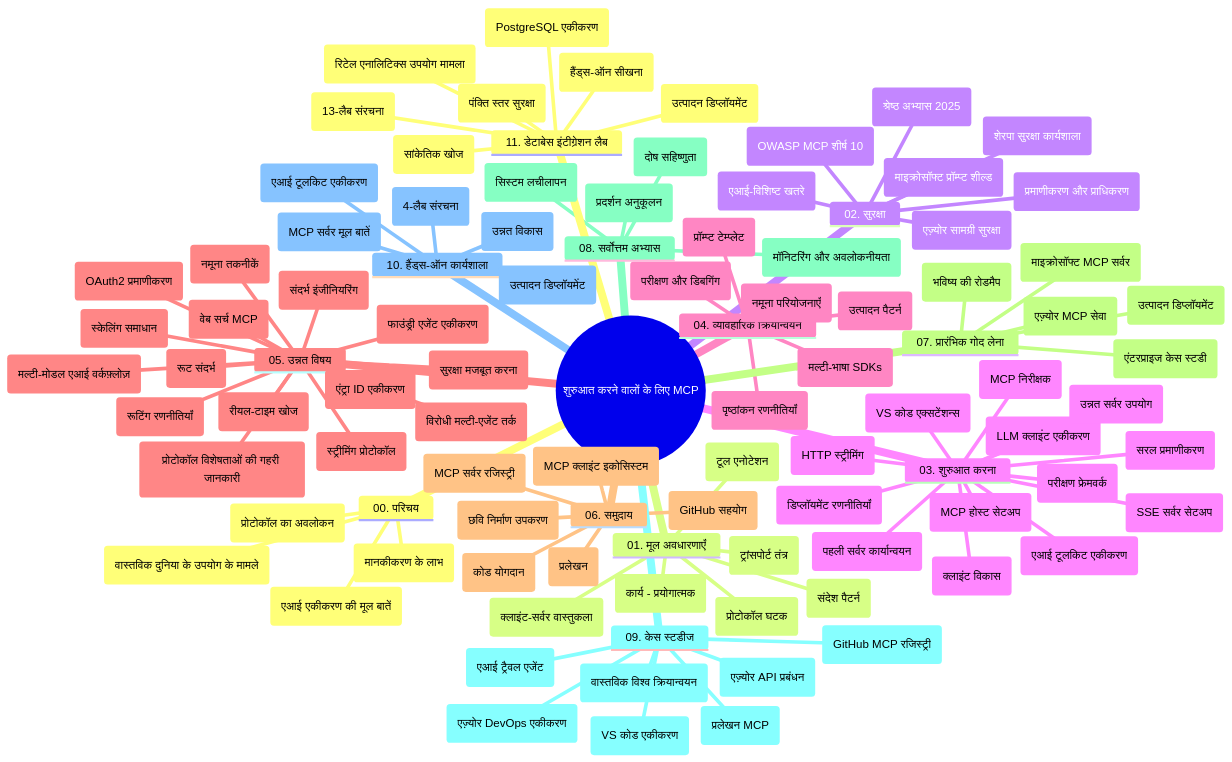
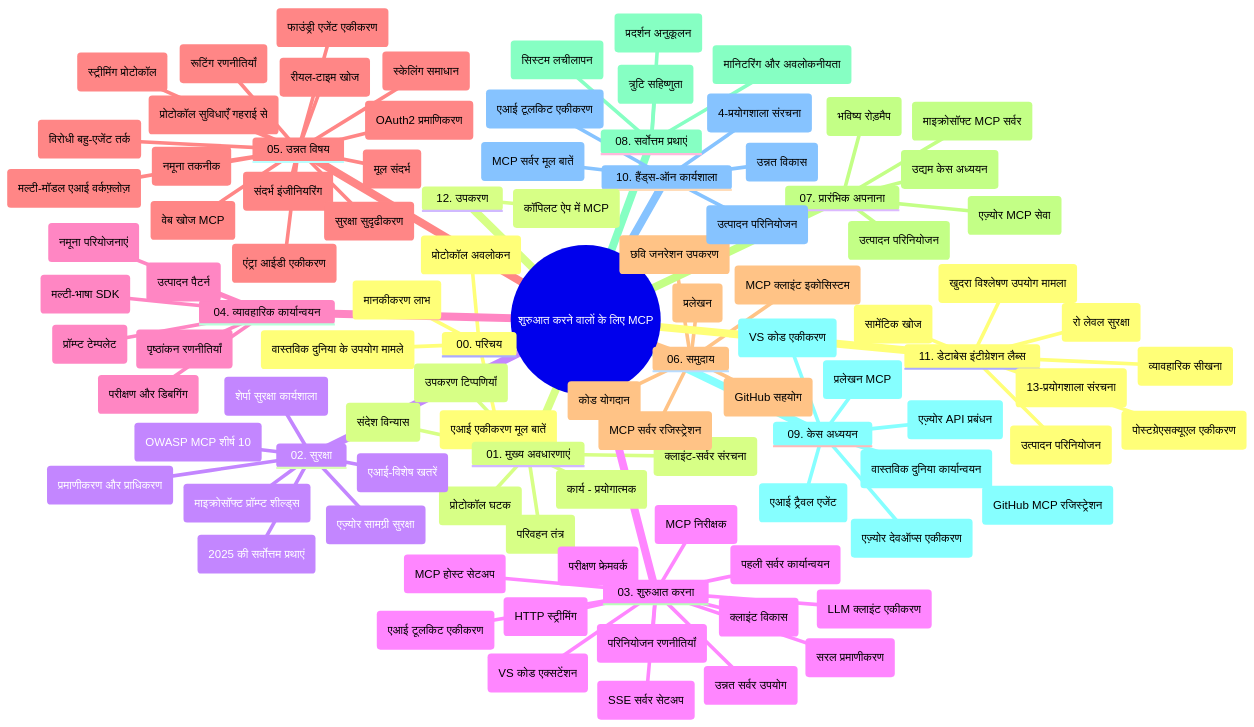
The diagram in mcp_ecosystem__model_context_protocol/mcp_learning_resources/mcp-for-beginners/translations/hi/study_guide.md (HIDORAKAI002/ai-workspace-archive), drawn with Mermaid before and after one commit. The commit also changed other lines of this file and 989 other files, not shown here.

````diff
--- a/mcp_ecosystem__model_context_protocol/mcp_learning_resources/mcp-for-beginners/translations/hi/study_guide.md
+++ b/mcp_ecosystem__model_context_protocol/mcp_learning_resources/mcp-for-beginners/translations/hi/study_guide.md
@@ -13,112 +13,115 @@
   root((शुरुआत करने वालों के लिए MCP))
     00. परिचय
       ::icon(fa fa-book)
-      (प्रोटोकॉल का अवलोकन)
-      (मानकीकरण के लाभ)
-      (वास्तविक दुनिया के उपयोग के मामले)
-      (एआई एकीकरण की मूल बातें)
-    01. मूल अवधारणाएँ
+      (प्रोटोकॉल अवलोकन)
+      (मानकीकरण लाभ)
+      (वास्तविक दुनिया के उपयोग मामले)
+      (एआई एकीकरण मूल बातें)
+    01. मुख्य अवधारणाएं
       ::icon(fa fa-puzzle-piece)
-      (क्लाइंट-सर्वर वास्तुकला)
+      (क्लाइंट-सर्वर संरचना)
       (प्रोटोकॉल घटक)
-      (संदेश पैटर्न)
-      (ट्रांसपोर्ट तंत्र)
+      (संदेश विन्यास)
+      (परिवहन तंत्र)
       (कार्य - प्रयोगात्मक)
-      (टूल एनोटेशन)
+      (उपकरण टिप्पणियाँ)
     02. सुरक्षा
       ::icon(fa fa-shield)
-      (एआई-विशिष्ट खतरे)
-      (श्रेष्ठ अभ्यास 2025)
+      (एआई-विशेष खतरें)
+      (2025 की सर्वोत्तम प्रथाएं)
       (एज़्योर सामग्री सुरक्षा)
       (प्रमाणीकरण और प्राधिकरण)
-      (माइक्रोसॉफ्ट प्रॉम्प्ट शील्ड)
+      (माइक्रोसॉफ्ट प्रॉम्प्ट शील्ड्स)
       (OWASP MCP शीर्ष 10)
-      (शेरपा सुरक्षा कार्यशाला)
+      (शेर्पा सुरक्षा कार्यशाला)
     03. शुरुआत करना
       ::icon(fa fa-rocket)
       (पहली सर्वर कार्यान्वयन)
       (क्लाइंट विकास)
       (LLM क्लाइंट एकीकरण)
-      (VS कोड एक्सटेंशन्स)
+      (VS कोड एक्सटेंशन)
       (SSE सर्वर सेटअप)
       (HTTP स्ट्रीमिंग)
       (एआई टूलकिट एकीकरण)
       (परीक्षण फ्रेमवर्क)
       (उन्नत सर्वर उपयोग)
       (सरल प्रमाणीकरण)
-      (डिप्लॉयमेंट रणनीतियाँ)
+      (परिनियोजन रणनीतियाँ)
       (MCP होस्ट सेटअप)
       (MCP निरीक्षक)
-    04. व्यावहारिक क्रियान्वयन
+    04. व्यावहारिक कार्यान्वयन
       ::icon(fa fa-code)
-      (मल्टी-भाषा SDKs)
+      (मल्टी-भाषा SDK)
       (परीक्षण और डिबगिंग)
-      (प्रॉम्प्ट टेम्प्लेट)
-      (नमूना परियोजनाएँ)
+      (प्रॉम्प्ट टेम्पलेट)
+      (नमूना परियोजनाएं)
       (उत्पादन पैटर्न)
       (पृष्ठांकन रणनीतियाँ)
     05. उन्नत विषय
       ::icon(fa fa-graduation-cap)
       (संदर्भ इंजीनियरिंग)
       (फाउंड्री एजेंट एकीकरण)
-      (मल्टी-मोडल एआई वर्कफ़्लोज़)
-      (OAuth2 प्रमाणीकरण)
+      (मल्टी-मॉडल एआई वर्कफ़्लोज़)
+      (OAuth2 प्रमाणिकरण)
       (रीयल-टाइम खोज)
       (स्ट्रीमिंग प्रोटोकॉल)
-      (रूट संदर्भ)
+      (मूल संदर्भ)
       (रूटिंग रणनीतियाँ)
-      (नमूना तकनीकें)
+      (नमूना तकनीक)
       (स्केलिंग समाधान)
-      (सुरक्षा मजबूत करना)
-      (एंट्रा ID एकीकरण)
-      (वेब सर्च MCP)
-      (प्रोटोकॉल विशेषताओं की गहरी जानकारी)
-      (विरोधी मल्टी-एजेंट तर्क)
+      (सुरक्षा सुदृढीकरण)
+      (एंट्रा आईडी एकीकरण)
+      (वेब खोज MCP)
+      (प्रोटोकॉल सुविधाएँ गहराई से)
+      (विरोधी बहु-एजेंट तर्क)
       
     06. समुदाय
       ::icon(fa fa-users)
       (कोड योगदान)
       (प्रलेखन)
       (MCP क्लाइंट इकोसिस्टम)
-      (MCP सर्वर रजिस्ट्री)
-      (छवि निर्माण उपकरण)
+      (MCP सर्वर रजिस्ट्रेशन)
+      (छवि जनरेशन उपकरण)
       (GitHub सहयोग)
-    07. प्रारंभिक गोद लेना
+    07. प्रारंभिक अपनाना
       ::icon(fa fa-lightbulb)
-      (उत्पादन डिप्लॉयमेंट)
+      (उत्पादन परिनियोजन)
       (माइक्रोसॉफ्ट MCP सर्वर)
       (एज़्योर MCP सेवा)
-      (एंटरप्राइज केस स्टडी)
-      (भविष्य की रोडमैप)
-    08. सर्वोत्तम अभ्यास
+      (उद्यम केस अध्ययन)
+      (भविष्य रोड़मैप)
+    08. सर्वोत्तम प्रथाएं
       ::icon(fa fa-check)
       (प्रदर्शन अनुकूलन)
-      (दोष सहिष्णुता)
+      (त्रुटि सहिष्णुता)
       (सिस्टम लचीलापन)
-      (मॉनिटरिंग और अवलोकनीयता)
-    09. केस स्टडीज
+      (मानिटरिंग और अवलोकनीयता)
+    09. केस अध्ययन
       ::icon(fa fa-file-text)
       (एज़्योर API प्रबंधन)
       (एआई ट्रैवल एजेंट)
-      (एज़्योर DevOps एकीकरण)
+      (एज़्योर देवऑप्स एकीकरण)
       (प्रलेखन MCP)
-      (GitHub MCP रजिस्ट्री)
+      (GitHub MCP रजिस्ट्रेशन)
       (VS कोड एकीकरण)
-      (वास्तविक विश्व क्रियान्वयन)
+      (वास्तविक दुनिया कार्यान्वयन)
     10. हैंड्स-ऑन कार्यशाला
       ::icon(fa fa-laptop)
       (MCP सर्वर मूल बातें)
       (उन्नत विकास)
       (एआई टूलकिट एकीकरण)
-      (उत्पादन डिप्लॉयमेंट)
-      (4-लैब संरचना)
-    11. डेटाबेस इंटीग्रेशन लैब
+      (उत्पादन परिनियोजन)
+      (4-प्रयोगशाला संरचना)
+    11. डेटाबेस इंटीग्रेशन लैब्स
       ::icon(fa fa-database)
-      (PostgreSQL एकीकरण)
-      (रिटेल एनालिटिक्स उपयोग मामला)
-      (पंक्ति स्तर सुरक्षा)
-      (सांकेतिक खोज)
-      (उत्पादन डिप्लॉयमेंट)
-      (13-लैब संरचना)
-      (हैंड्स-ऑन सीखना)
+      (पोस्टग्रेएसक्यूएल एकीकरण)
+      (खुदरा विश्लेषण उपयोग मामला)
+      (रो लेवल सुरक्षा)
+      (सामेंटिक खोज)
+      (उत्पादन परिनियोजन)
+      (13-प्रयोगशाला संरचना)
+      (व्यावहारिक सीखना)
+    12. उपकरण
+      ::icon(fa fa-wrench)
+      (कॉपिलट ऐप में MCP)
 ```
````
